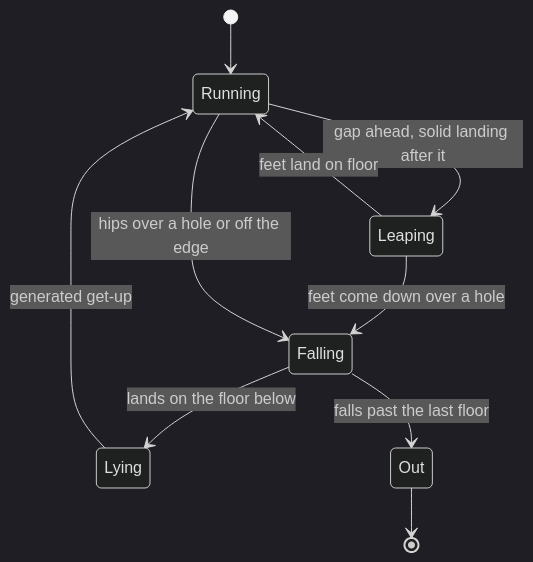
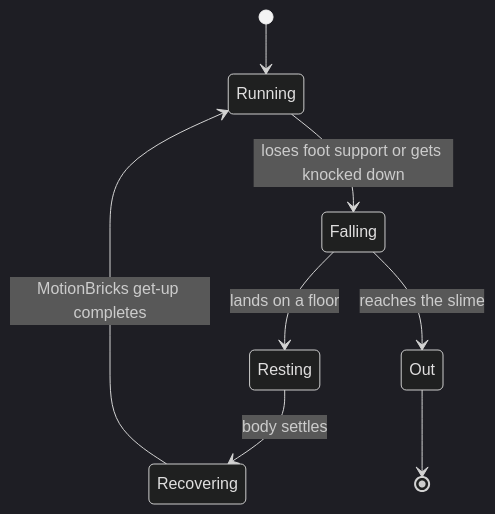
Before and after one commit to EnesYilmazcode/MotionGuys: the second of 2 diagrams in README.md, drawn with Mermaid (dark theme). The commit also changed other lines of this file and 6 other files, not shown here.

````diff
--- a/README.md
+++ b/README.md
@@ -38,12 +117,10 @@
 ```mermaid
 stateDiagram-v2
   [*] --> Running
-  Running --> Leaping: gap ahead, solid landing after it
-  Leaping --> Running: feet land on floor
-  Leaping --> Falling: feet come down over a hole
-  Running --> Falling: hips over a hole or off the edge
-  Falling --> Lying: lands on the floor below
-  Lying --> Running: generated get-up
-  Falling --> Out: falls past the last floor
+  Running --> Falling: loses foot support or gets knocked down
+  Falling --> Resting: lands on a floor
+  Resting --> Recovering: body settles
+  Recovering --> Running: MotionBricks get-up completes
+  Falling --> Out: reaches the slime
   Out --> [*]
 ```
````
